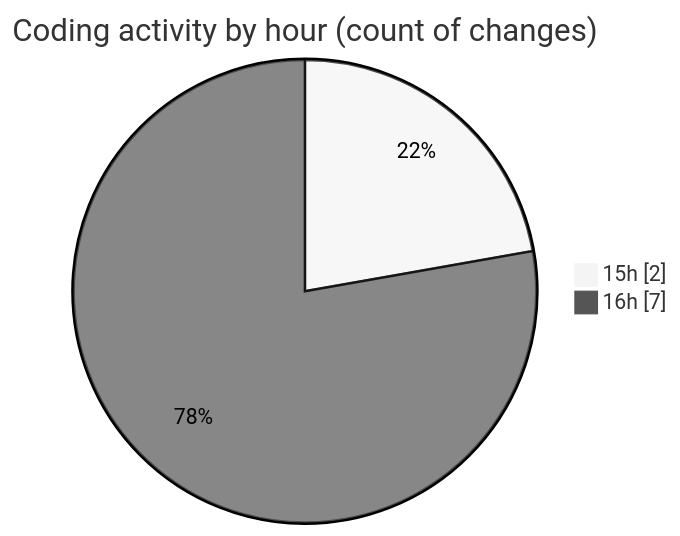
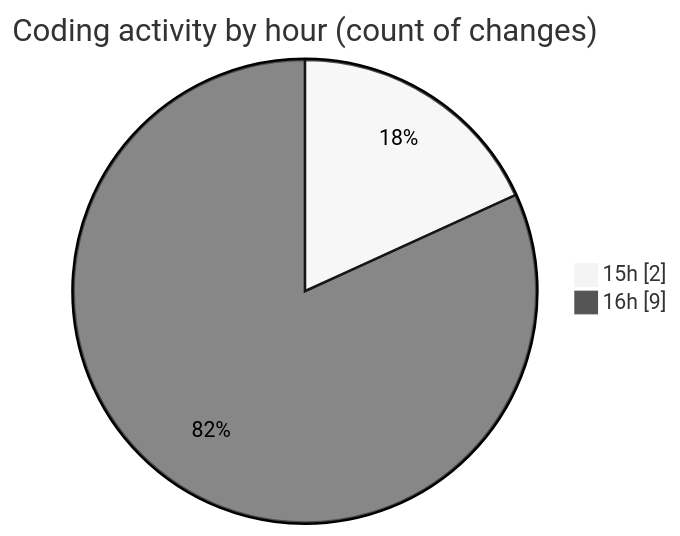
One commit to nxtqubesakshisongat/code-tracking changed the second of 2 diagrams in 2025-08-09/nxtqube_webapp/README.md. Above: the diagram before and after it, drawn with Mermaid (neutral theme). The commit also changed other lines of this file and 1 other file, not shown here.

````diff
--- a/2025-08-09/nxtqube_webapp/README.md
+++ b/2025-08-09/nxtqube_webapp/README.md
@@ -28,6 +28,6 @@
 ```mermaid
 pie showData
 title Coding activity by hour (count of changes)
 "15h" : 2
-"16h" : 7
+"16h" : 9
 ```
````
